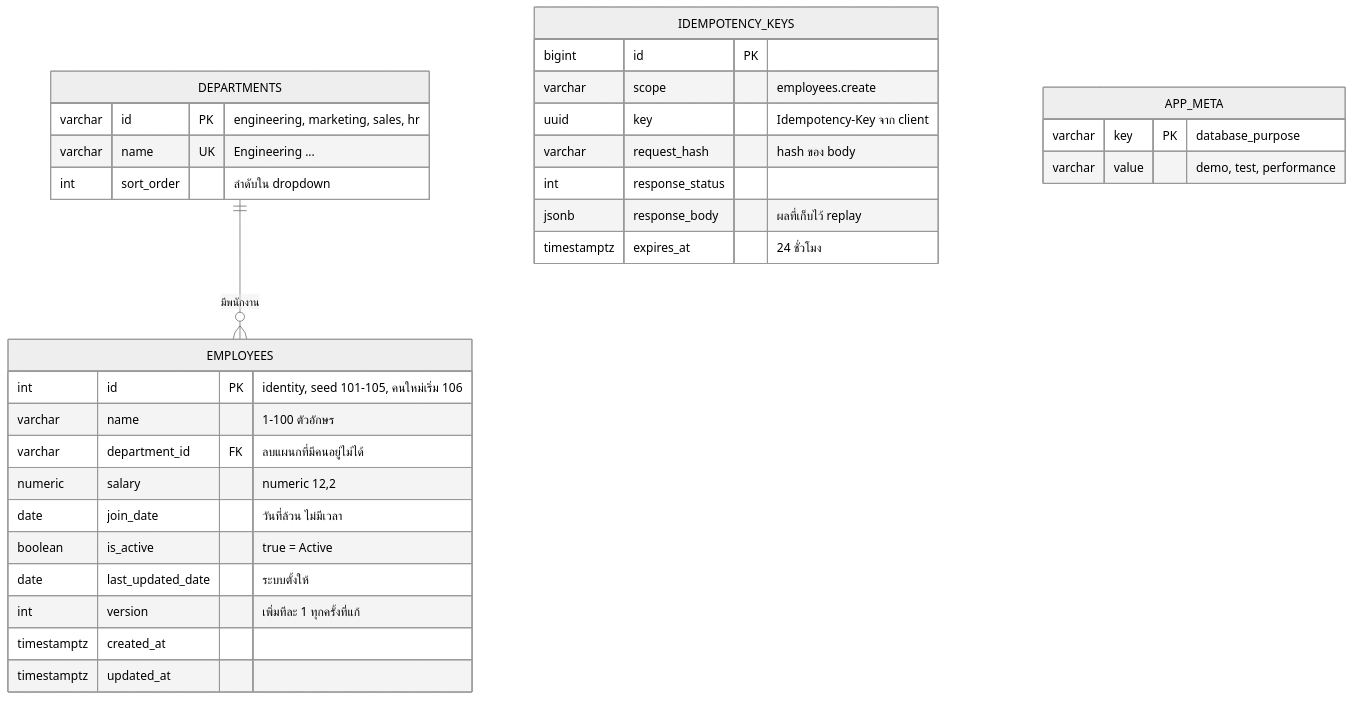
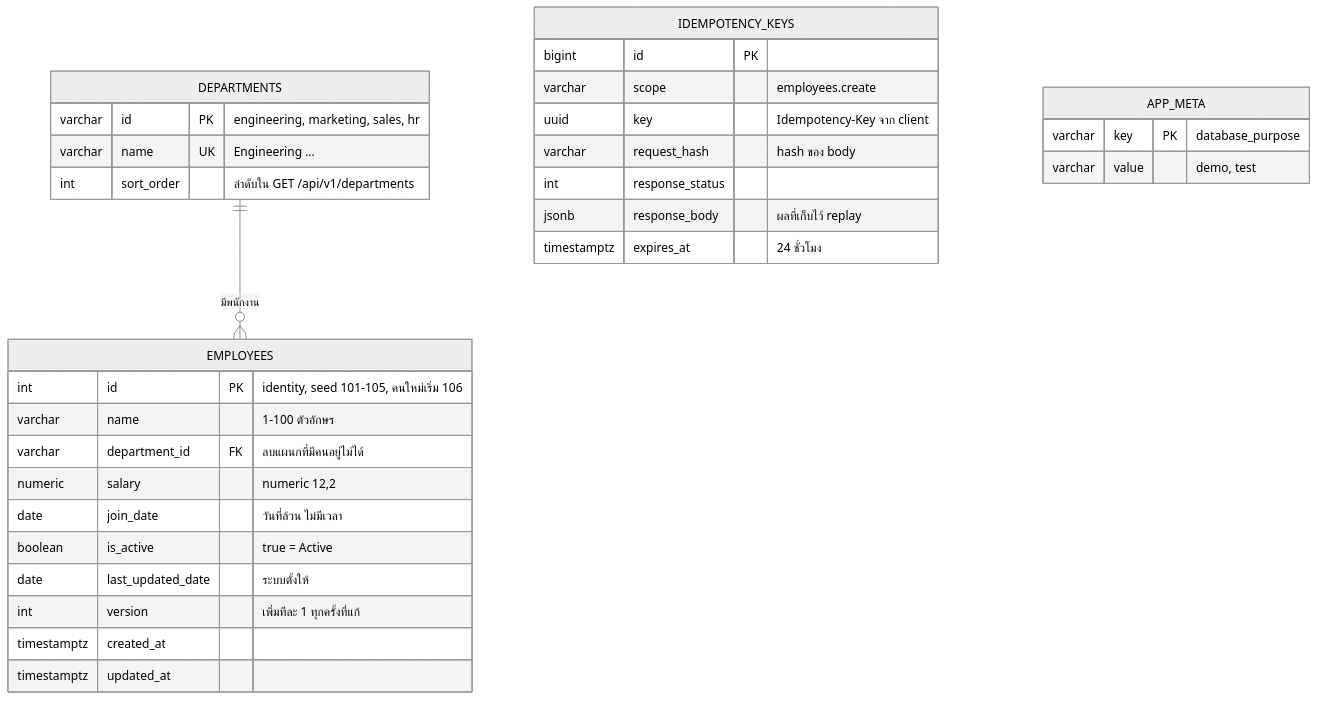
Before and after one commit to sittipong-hemloun/helius-tech-test: the first of 3 diagrams in docs/learn/03-database-prisma.md, drawn with Mermaid (neutral theme). The commit also changed other lines of this file and 82 other files, not shown here.

````diff
--- a/docs/learn/03-database-prisma.md
+++ b/docs/learn/03-database-prisma.md
@@ -20,34 +19,34 @@
 ```mermaid
 erDiagram
     DEPARTMENTS ||--o{ EMPLOYEES : "มีพนักงาน"
     DEPARTMENTS {
         varchar id PK "engineering, marketing, sales, hr"
         varchar name UK "Engineering ..."
-        int sort_order "ลำดับใน dropdown"
+        int sort_order "ลำดับใน GET /api/v1/departments"
     }
     EMPLOYEES {
         int id PK "identity, seed 101-105, คนใหม่เริ่ม 106"
         varchar name "1-100 ตัวอักษร"
         varchar department_id FK "ลบแผนกที่มีคนอยู่ไม่ได้"
         numeric salary "numeric 12,2"
         date join_date "วันที่ล้วน ไม่มีเวลา"
         boolean is_active "true = Active"
         date last_updated_date "ระบบตั้งให้"
         int version "เพิ่มทีละ 1 ทุกครั้งที่แก้"
         timestamptz created_at
         timestamptz updated_at
     }
     IDEMPOTENCY_KEYS {
         bigint id PK
         varchar scope "employees.create"
         uuid key "Idempotency-Key จาก client"
         varchar request_hash "hash ของ body"
         int response_status
         jsonb response_body "ผลที่เก็บไว้ replay"
         timestamptz expires_at "24 ชั่วโมง"
     }
     APP_META {
         varchar key PK "database_purpose"
-        varchar value "demo, test, performance"
+        varchar value "demo, test"
     }
 ```
````
